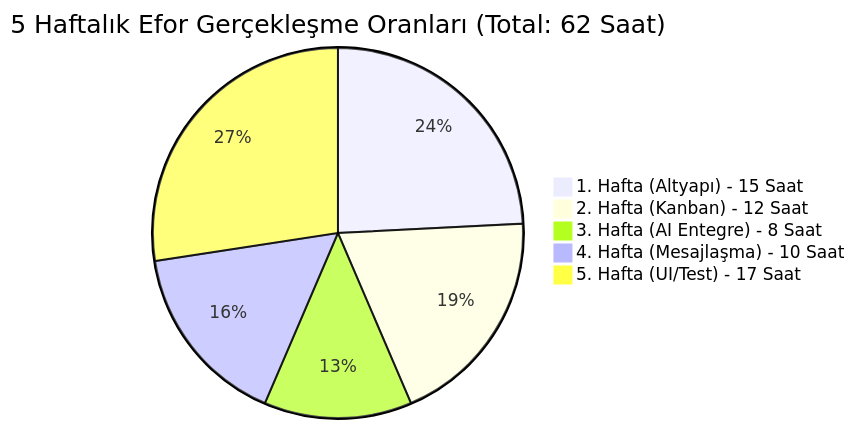
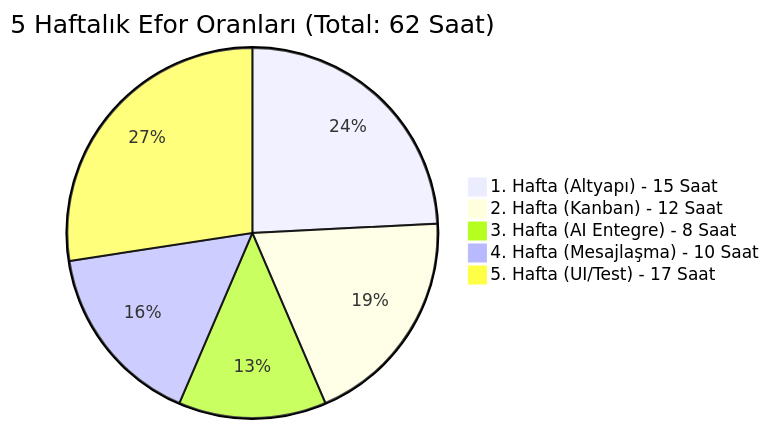
Before and after one commit to enesaltndll/GoldBranchAI: the diagram in README.md, drawn with Mermaid.

````diff
--- a/README.md
+++ b/README.md
@@ -101,8 +101,8 @@
 ```mermaid
-pie title 5 Haftalık Efor Gerçekleşme Oranları (Total: 62 Saat)
+pie title 5 Haftalık Efor Oranları (Total: 62 Saat)
     "1. Hafta (Altyapı) - 15 Saat" : 15
     "2. Hafta (Kanban) - 12 Saat" : 12
     "3. Hafta (AI Entegre) - 8 Saat" : 8
     "4. Hafta (Mesajlaşma) - 10 Saat" : 10
     "5. Hafta (UI/Test) - 17 Saat" : 17
 ```
````
